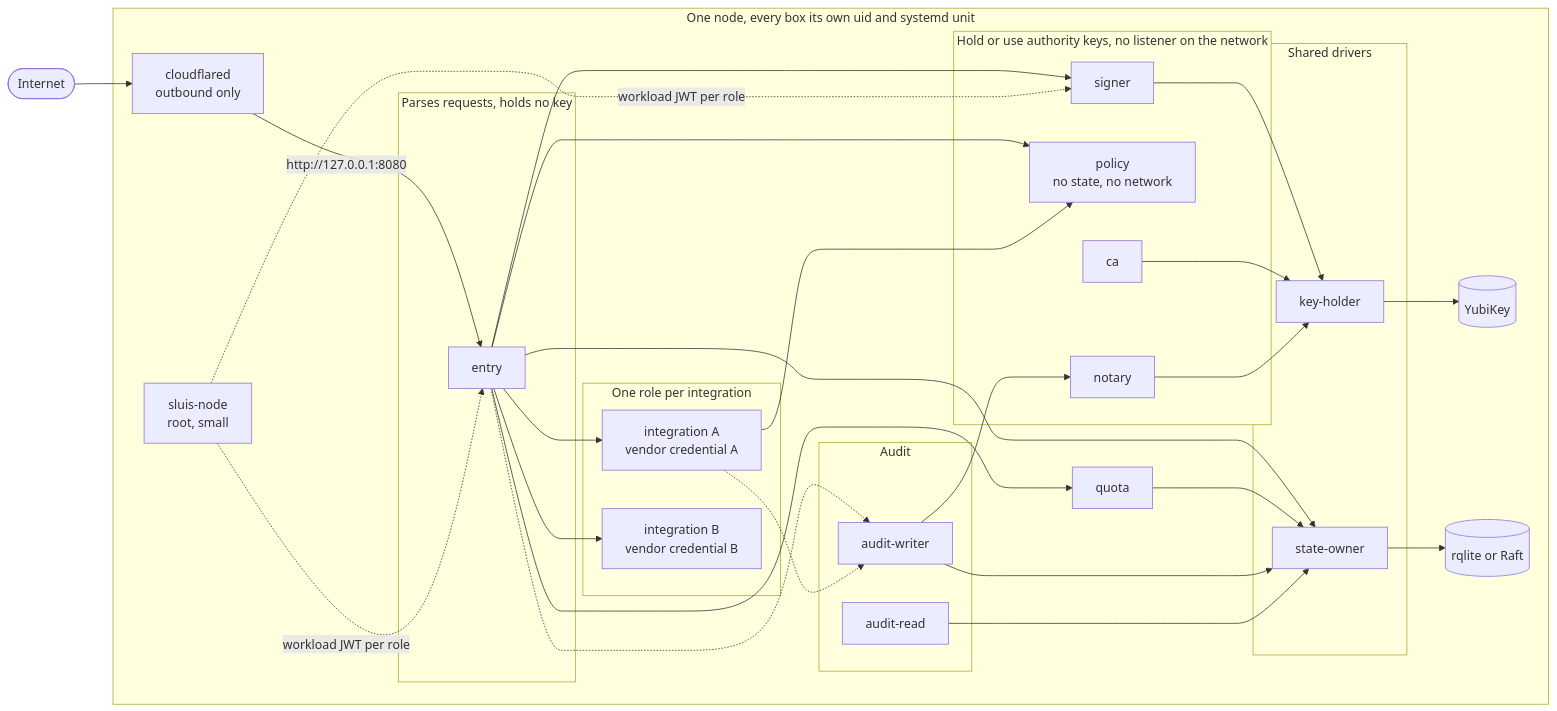
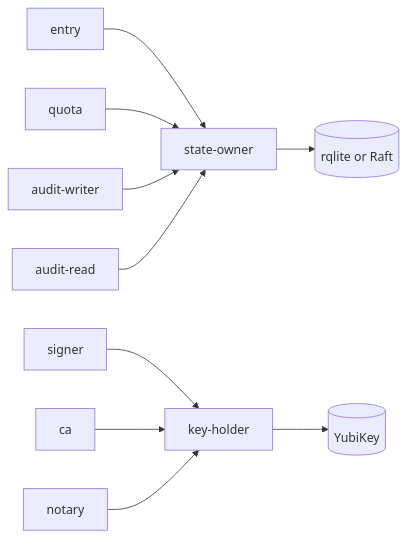
The second of 3 diagrams in docs/architecture/processes.md (truvity/sluis), drawn with Mermaid before and after one commit. The commit also changed other lines of this file and 10 other files, not shown here.

First line of the commit message:
docs(site): record OD-6, 17, 20, 21, 22 and open OD-31; rewrite the other wide diagrams

````diff
--- a/docs/architecture/processes.md
+++ b/docs/architecture/processes.md
@@ -99,63 +126,12 @@
 ```mermaid
 flowchart LR
-  net(["Internet"])
-
-  subgraph node["One node, every box its own uid and systemd unit"]
-    cf["cloudflared<br/>outbound only"]
-
-    subgraph front["Parses requests, holds no key"]
-      entry["entry"]
-    end
-
-    subgraph authority["Hold or use authority keys, no listener on the network"]
-      signer["signer"]
-      policy["policy<br/>no state, no network"]
-      ca["ca"]
-      notary["notary"]
-    end
-
-    subgraph integ["One role per integration"]
-      gh["integration A<br/>vendor credential A"]
-      cl["integration B<br/>vendor credential B"]
-    end
-
-    subgraph auditp["Audit"]
-      aw["audit-writer"]
-      ar["audit-read"]
-    end
-
-    quota["quota"]
-
-    subgraph med["Shared drivers"]
-      kh["key-holder"]
-      so["state-owner"]
-    end
-
-    agent["sluis-node<br/>root, small"]
-    dev[("YubiKey")]
-    db[("rqlite or Raft")]
-  end
-
-  net --> cf
-  cf -->|"http://127.0.0.1:8080"| entry
-  entry --> signer
-  entry --> policy
-  entry --> quota
-  entry --> gh
-  entry --> cl
-  gh --> policy
-  signer --> kh
-  ca --> kh
-  notary --> kh
-  kh --> dev
-  entry --> so
-  quota --> so
-  aw --> so
-  ar --> so
-  so --> db
-  entry -.-> aw
-  gh -.-> aw
-  aw --> notary
-  agent -.->|"workload JWT per role"| entry
-  agent -.->|"workload JWT per role"| signer
+  entry["entry"] --> so["state-owner"]
+  quota["quota"] --> so
+  aw["audit-writer"] --> so
+  ar["audit-read"] --> so
+  so --> db[("rqlite or Raft")]
+  signer["signer"] --> kh["key-holder"]
+  ca["ca"] --> kh
+  notary["notary"] --> kh
+  kh --> dev[("YubiKey")]
 ```
````
